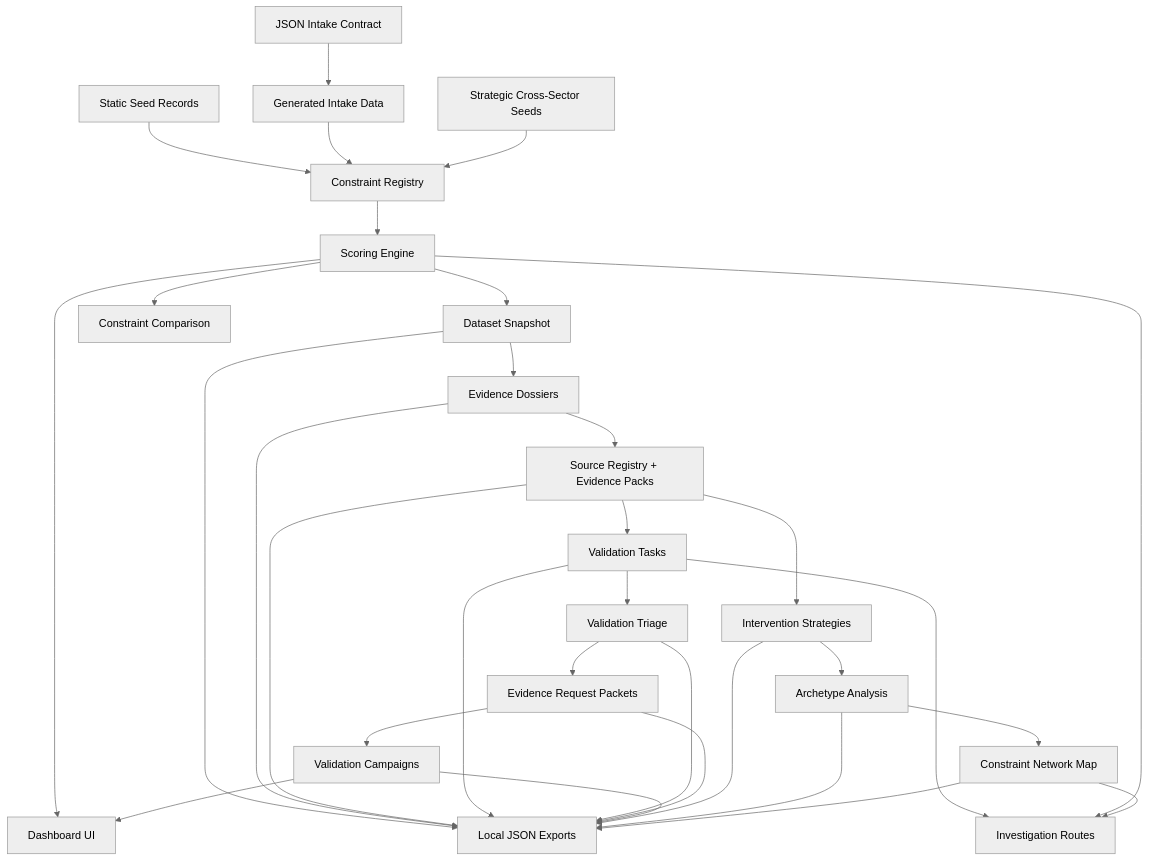
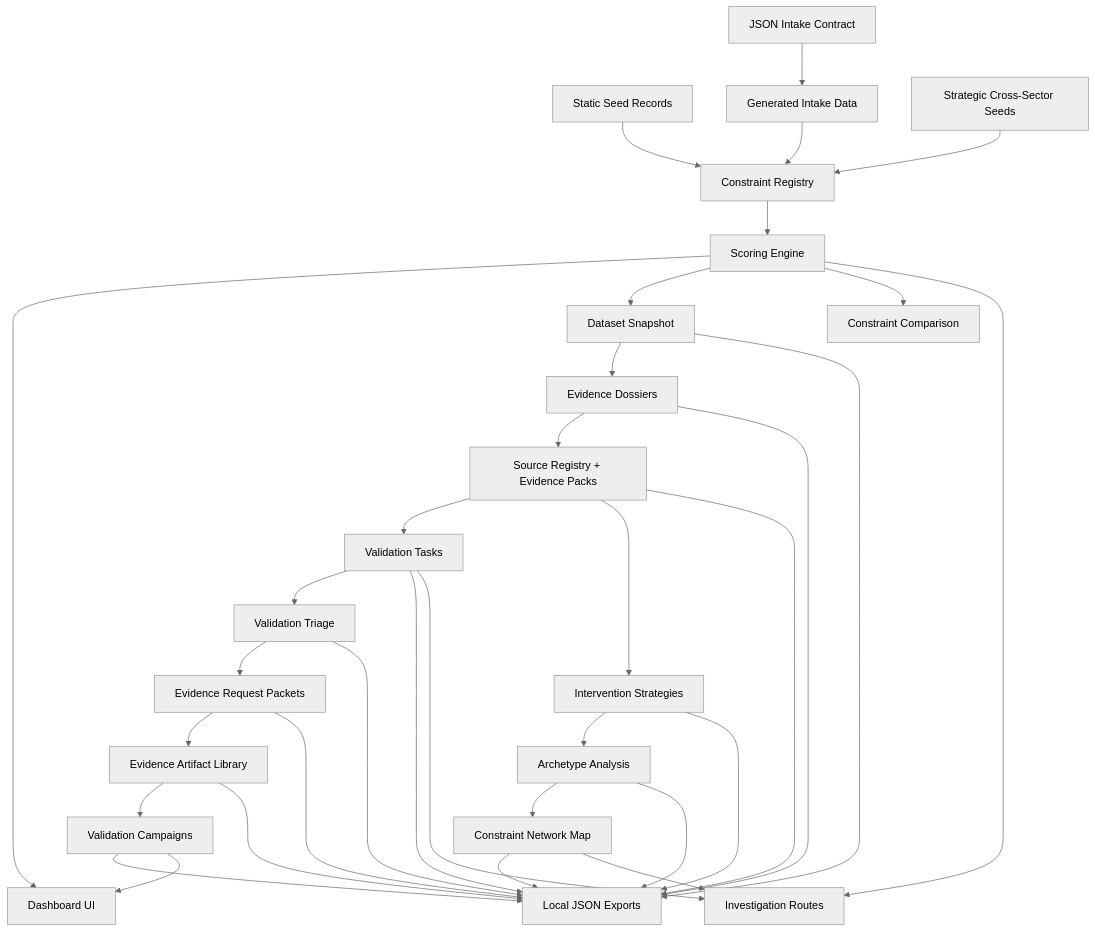
Before and after one commit to EtherTabu/economic-x-ray-vision: the diagram in docs/ARCHITECTURE.md, drawn with Mermaid (neutral theme). The commit also changed other lines of this file and 15 other files, not shown here.

Commit message:
Add evidence artifact library

````diff
--- a/docs/ARCHITECTURE.md
+++ b/docs/ARCHITECTURE.md
@@ -9,34 +9,36 @@
 ```mermaid
 flowchart TD
   A["Static Seed Records"] --> C["Constraint Registry"]
   B["JSON Intake Contract"] --> D["Generated Intake Data"]
   D --> C
   E["Strategic Cross-Sector Seeds"] --> C
   C --> F["Scoring Engine"]
   F --> G["Dashboard UI"]
   F --> H["Dataset Snapshot"]
   H --> I["Evidence Dossiers"]
   I --> O["Source Registry + Evidence Packs"]
   O --> P["Validation Tasks"]
   P --> Q["Validation Triage"]
   Q --> R["Evidence Request Packets"]
-  R --> S["Validation Campaigns"]
+  R --> U["Evidence Artifact Library"]
+  U --> S["Validation Campaigns"]
   O --> J["Intervention Strategies"]
   J --> K["Archetype Analysis"]
   K --> M["Constraint Network Map"]
   F --> T["Constraint Comparison"]
   H --> L["Local JSON Exports"]
   I --> L
   O --> L
   P --> L
   Q --> L
   R --> L
+  U --> L
   S --> L
   J --> L
   K --> L
   M --> L
   P --> N
   S --> G
   F --> N["Investigation Routes"]
   M --> N
 ```
````
